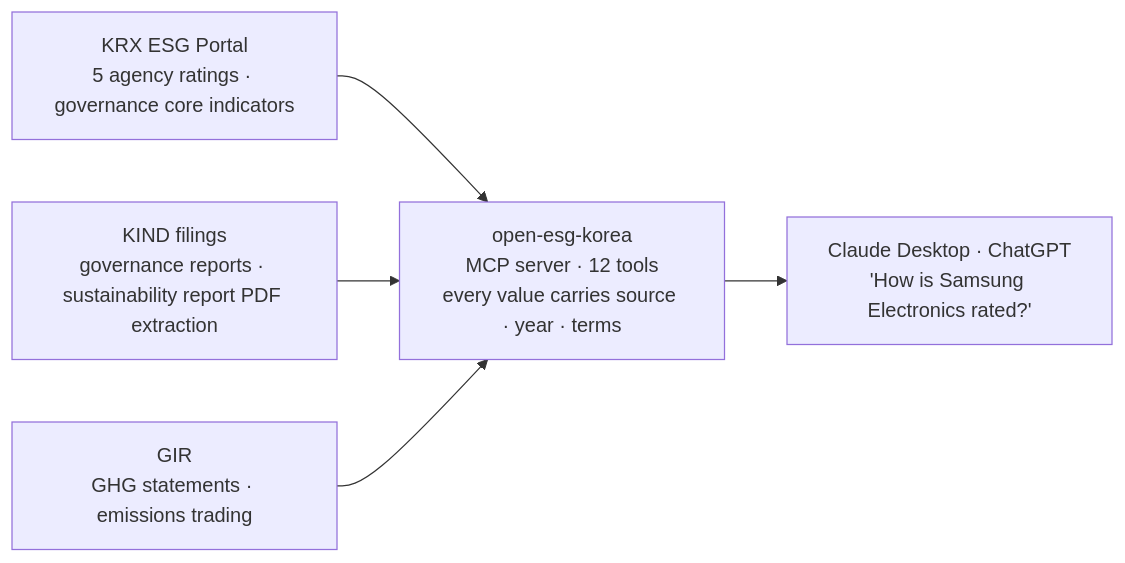
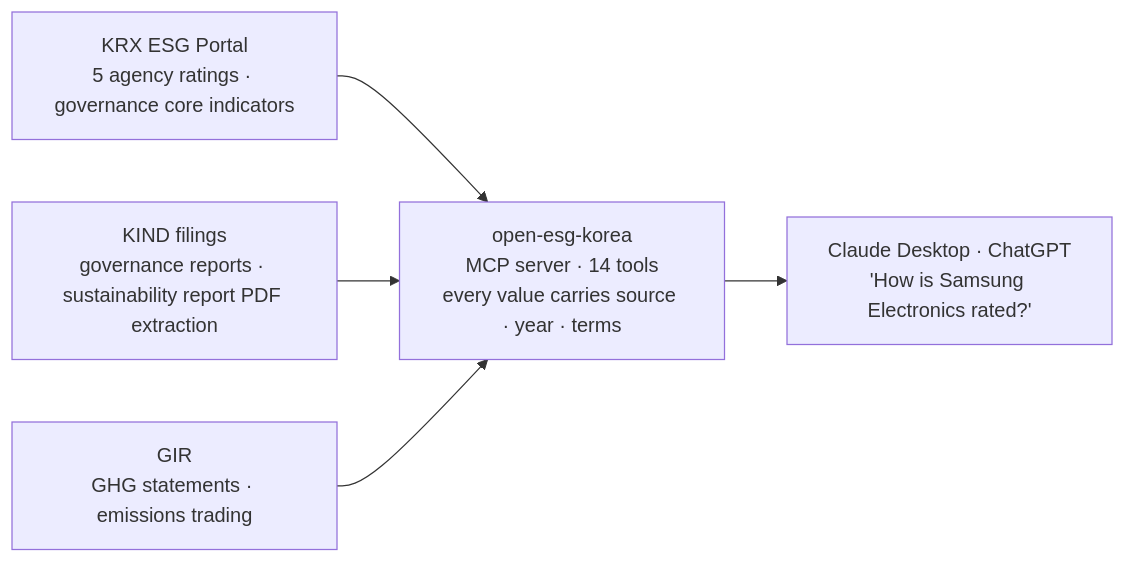
One commit to MarcoYou/open-esg-korea changed the diagram in README_ENG.md. Above: the diagram before and after it, drawn with Mermaid. The commit also changed other lines of this file and 32 other files, not shown here.

````diff
--- a/README_ENG.md
+++ b/README_ENG.md
@@ -34,7 +34,7 @@
 ```mermaid
 flowchart LR
     A["KRX ESG Portal<br/>5 agency ratings · governance core indicators"] --> S
     B["KIND filings<br/>governance reports · sustainability report PDF extraction"] --> S
     C["GIR<br/>GHG statements · emissions trading"] --> S
-    S["open-esg-korea<br/>MCP server · 12 tools<br/>every value carries source · year · terms"] --> D["Claude Desktop · ChatGPT<br/>'How is Samsung Electronics rated?'"]
+    S["open-esg-korea<br/>MCP server · 14 tools<br/>every value carries source · year · terms"] --> D["Claude Desktop · ChatGPT<br/>'How is Samsung Electronics rated?'"]
 ```
````
